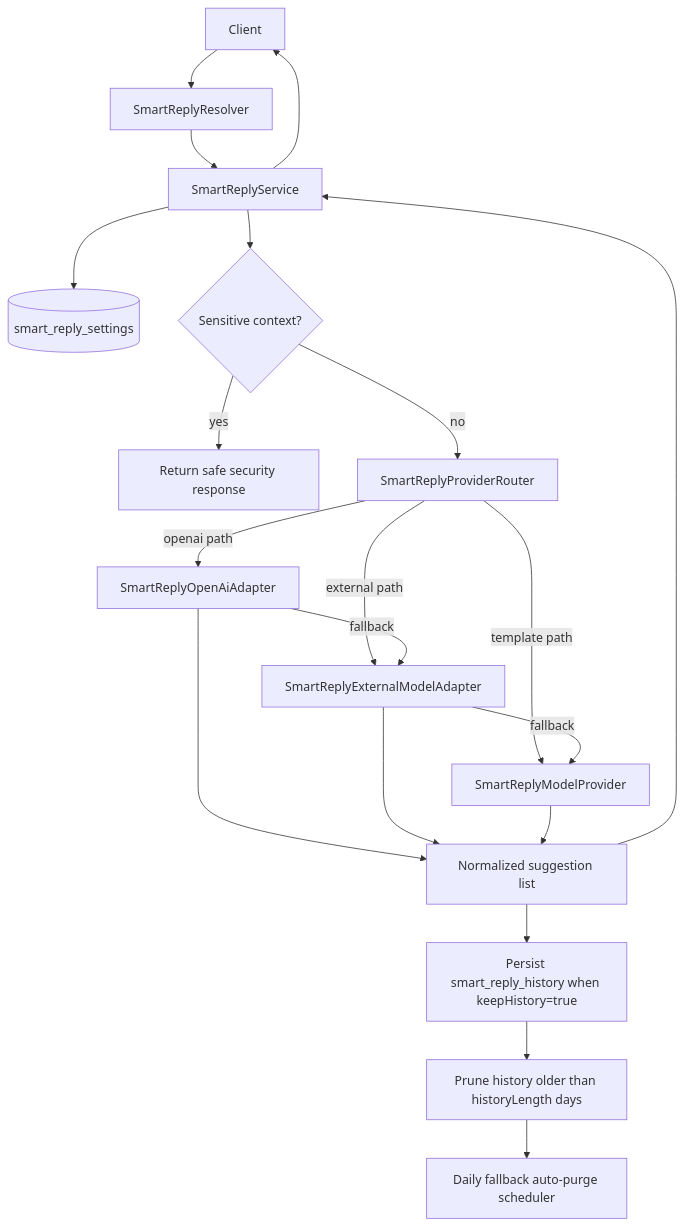
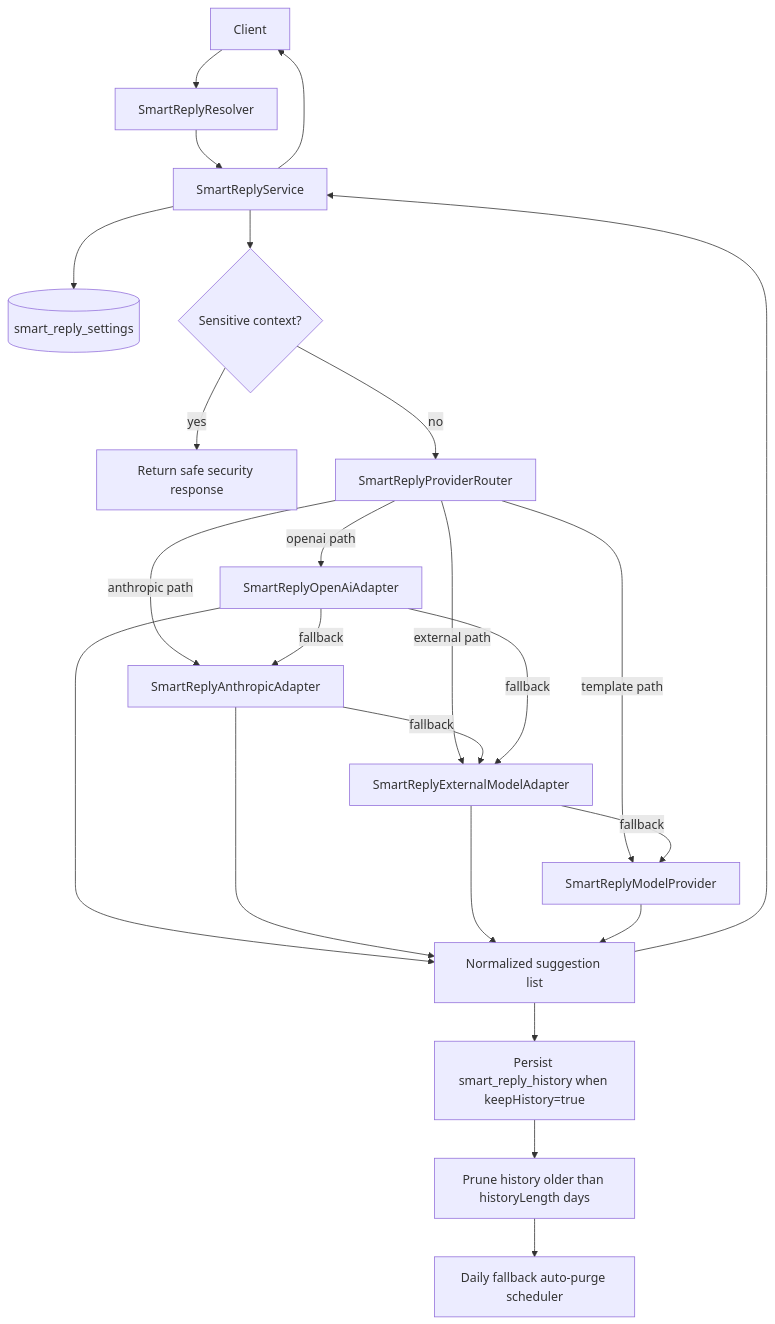
Before and after one commit to AmanVatsSharma/MailZen-Smart-Email-Management: the diagram in apps/backend/src/smart-replies/README.md, drawn with Mermaid. The commit also changed other lines of this file and 8 other files, not shown here.

Commit message:
Add Anthropic smart-reply provider adapter

````diff
--- a/apps/backend/src/smart-replies/README.md
+++ b/apps/backend/src/smart-replies/README.md
@@ -34,22 +35,26 @@
 ```mermaid
 flowchart TD
   Client --> Resolver[SmartReplyResolver]
   Resolver --> Service[SmartReplyService]
   Service --> Settings[(smart_reply_settings)]
   Service --> Safety{Sensitive context?}
   Safety -->|yes| SafeReply[Return safe security response]
   Safety -->|no| ProviderRouter[SmartReplyProviderRouter]
   ProviderRouter -->|openai path| OpenAIAdapter[SmartReplyOpenAiAdapter]
+  ProviderRouter -->|anthropic path| AnthropicAdapter[SmartReplyAnthropicAdapter]
   ProviderRouter -->|external path| ExternalAdapter[SmartReplyExternalModelAdapter]
   ProviderRouter -->|template path| ModelProvider[SmartReplyModelProvider]
+  OpenAIAdapter -->|fallback| AnthropicAdapter
+  AnthropicAdapter -->|fallback| ExternalAdapter
   OpenAIAdapter -->|fallback| ExternalAdapter
   OpenAIAdapter --> Suggestions[Normalized suggestion list]
+  AnthropicAdapter --> Suggestions[Normalized suggestion list]
   ExternalAdapter -->|fallback| ModelProvider
   ExternalAdapter --> Suggestions[Normalized suggestion list]
   ModelProvider --> Suggestions
   Suggestions --> History[Persist smart_reply_history when keepHistory=true]
   History --> Retention[Prune history older than historyLength days]
   Retention --> Scheduler[Daily fallback auto-purge scheduler]
   Suggestions --> Service
   Service --> Client
 ```
````
